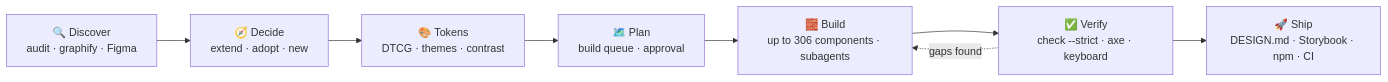
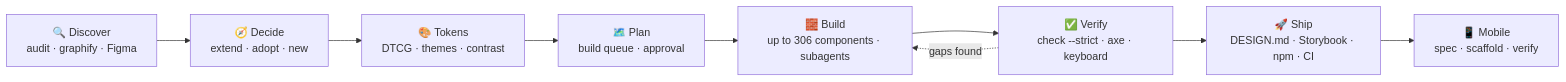
The first of 2 diagrams in README.md (AntonBronnfjell/tooling-agent-skill-markdown_html-design-system), drawn with Mermaid before and after one commit. The commit also changed other lines of this file and 9 other files, not shown here.

````diff
--- a/README.md
+++ b/README.md
@@ -80,10 +82,11 @@
 ```mermaid
 flowchart LR
     A["🔍 Discover<br/>audit · graphify · Figma"] --> B["🧭 Decide<br/>extend · adopt · new"]
     B --> C["🎨 Tokens<br/>DTCG · themes · contrast"]
     C --> D["🗺️ Plan<br/>build queue · approval"]
     D --> E["🧱 Build<br/>up to 306 components · subagents"]
     E --> F["✅ Verify<br/>check --strict · axe · keyboard"]
     F --> G["🚀 Ship<br/>DESIGN.md · Storybook · npm · CI"]
+    G --> H["📱 Mobile<br/>spec · scaffold · verify"]
     F -. "gaps found" .-> E
 ```
````
